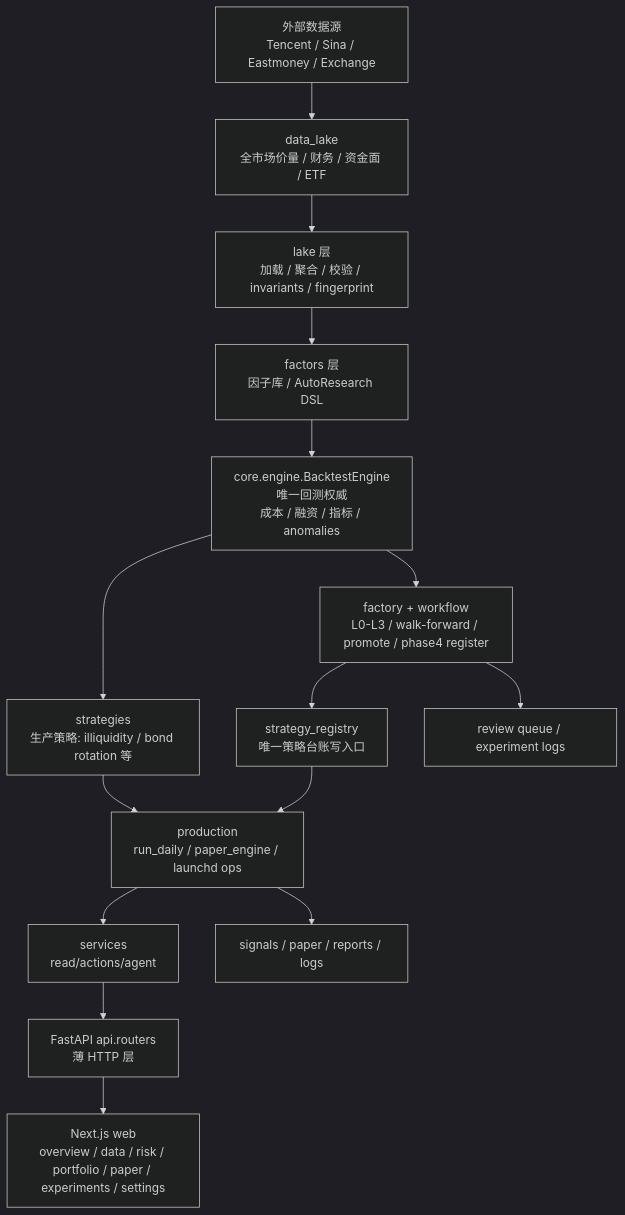
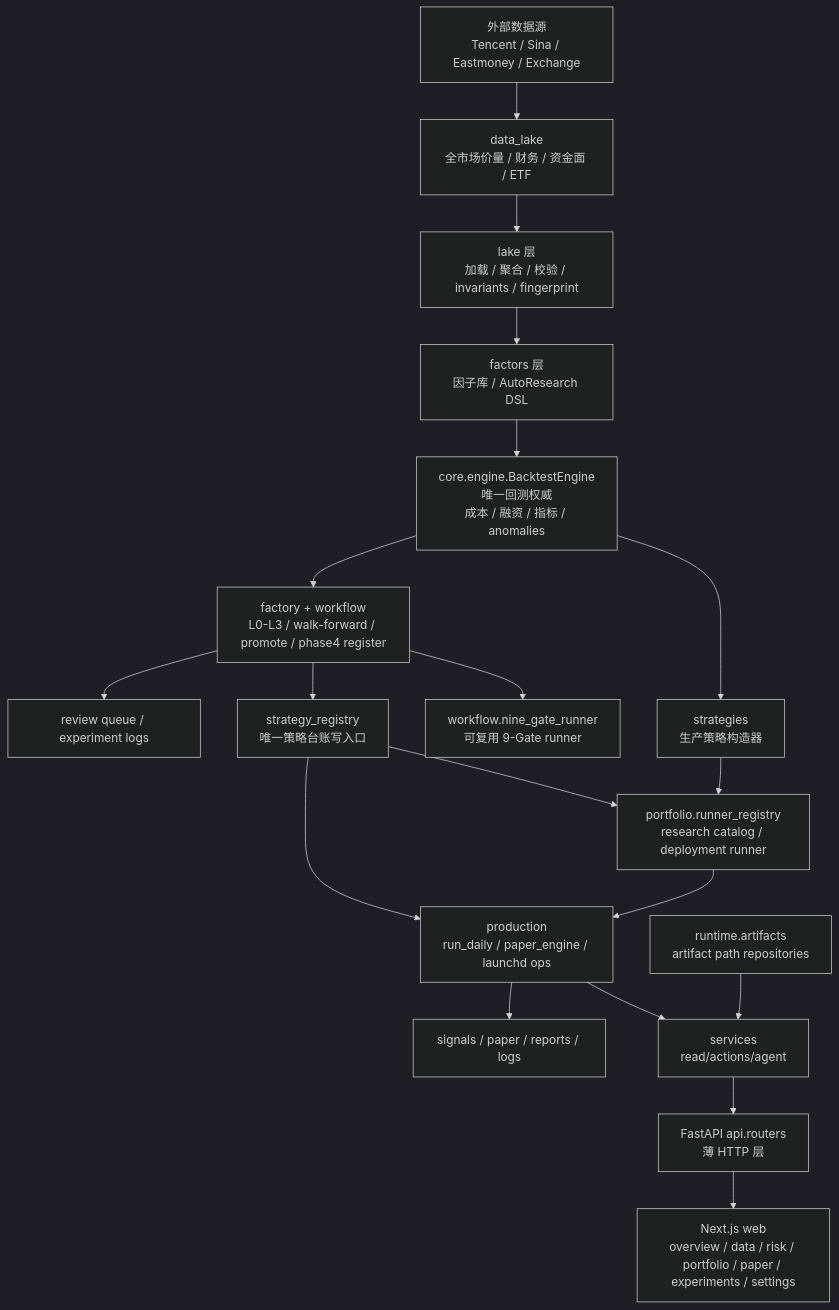
The diagram in SPEC.md (zhaoyuerang-stack/astock), drawn with Mermaid (dark theme) before and after one commit. The commit also changed other lines of this file and 43 other files, not shown here.

First line of the commit message:
refactor(architecture): harden service and workflow boundaries

````diff
--- a/SPEC.md
+++ b/SPEC.md
@@ -26,17 +26,21 @@
 ```mermaid
 flowchart TD
   A["外部数据源<br/>Tencent / Sina / Eastmoney / Exchange"] --> B["data_lake<br/>全市场价量 / 财务 / 资金面 / ETF"]
   B --> C["lake 层<br/>加载 / 聚合 / 校验 / invariants / fingerprint"]
   C --> D["factors 层<br/>因子库 / AutoResearch DSL"]
   D --> E["core.engine.BacktestEngine<br/>唯一回测权威<br/>成本 / 融资 / 指标 / anomalies"]
-  E --> F["strategies<br/>生产策略: illiquidity / bond rotation 等"]
+  E --> F["strategies<br/>生产策略构造器"]
   E --> G["factory + workflow<br/>L0-L3 / walk-forward / promote / phase4 register"]
+  G --> G2["workflow.nine_gate_runner<br/>可复用 9-Gate runner"]
   G --> H["strategy_registry<br/>唯一策略台账写入口"]
-  F --> I["production<br/>run_daily / paper_engine / launchd ops"]
+  H --> R["portfolio.runner_registry<br/>research catalog / deployment runner"]
+  F --> R
+  R --> I["production<br/>run_daily / paper_engine / launchd ops"]
   H --> I
   I --> J["services<br/>read/actions/agent"]
+  A2["runtime.artifacts<br/>artifact path repositories"] --> J
   J --> K["FastAPI api.routers<br/>薄 HTTP 层"]
   K --> L["Next.js web<br/>overview / data / risk / portfolio / paper / experiments / settings"]
   I --> M["signals / paper / reports / logs"]
   G --> N["review queue / experiment logs"]
 ```
````
